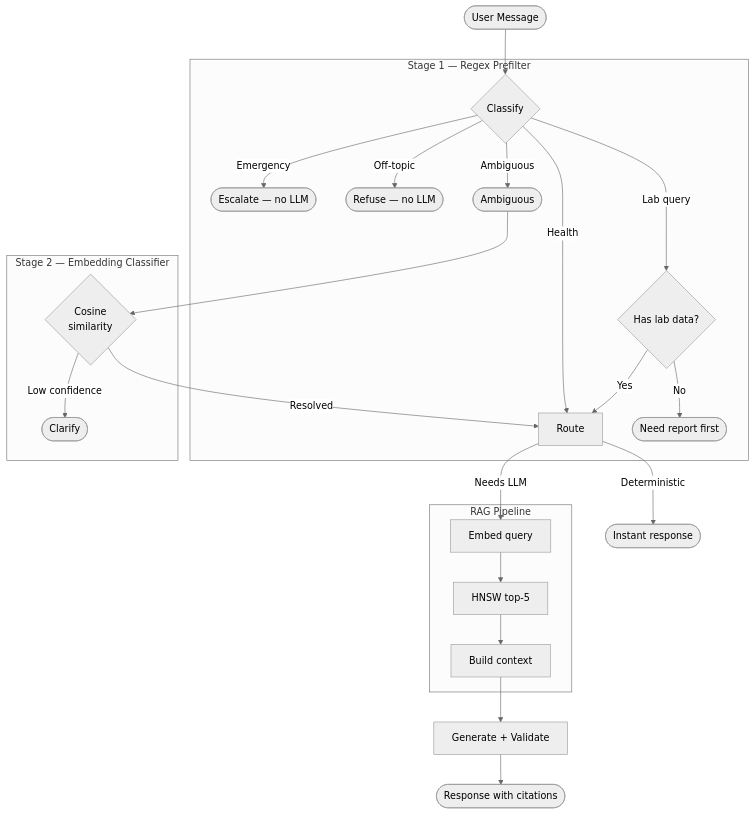
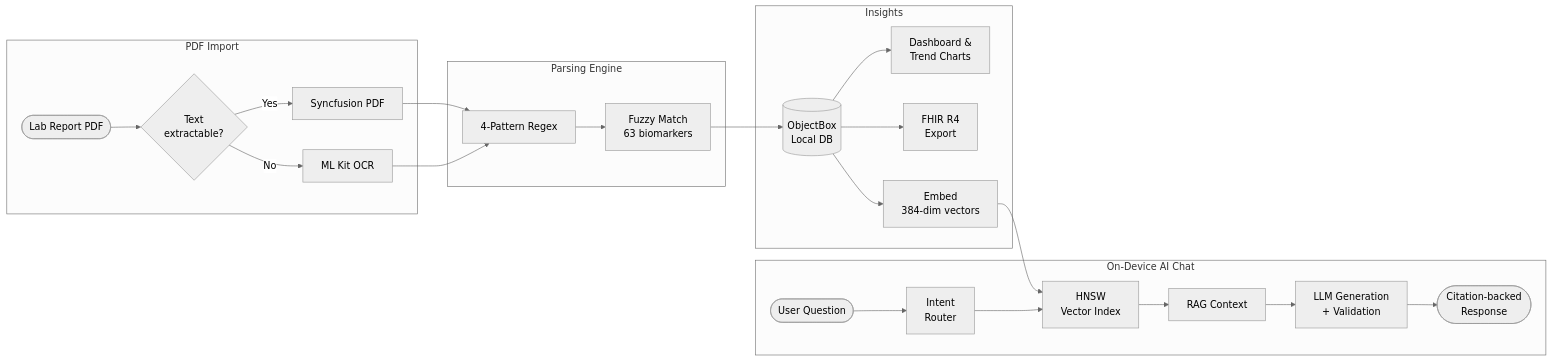
The diagram in README.md (priyavratuniyal/koshika), drawn with Mermaid (neutral theme) before and after one commit. The commit also changed other lines of this file, not shown here.

Commit message:
docs(readme): replace AI-only diagram with full pipeline flowchart
Show the complete flow: PDF import (text/OCR) → regex parsing → fuzzy
matching → ObjectBox storage → dashboard/trends + FHIR export + AI
chat (embedding → HNSW → RAG → LLM → validated response).

````diff
--- a/README.md
+++ b/README.md
@@ -56,32 +54,31 @@
 ```mermaid
-flowchart TD
-    A([User Message]) --> B
-
-    subgraph S1["Stage 1 — Regex Prefilter"]
-        B{Classify}
-        B -->|Emergency| C([Escalate — no LLM])
-        B -->|Off-topic| D([Refuse — no LLM])
-        B -->|Lab query| E{Has lab data?}
-        B -->|Health| G
-        B -->|Ambiguous| F
-        E -->|No| NL([Need report first])
-        E -->|Yes| G
+flowchart LR
+    subgraph IMPORT["PDF Import"]
+        A([Lab Report PDF]) --> B{Text\nextractable?}
+        B -->|Yes| C[Syncfusion PDF]
+        B -->|No| D[ML Kit OCR]
     end
 
-    subgraph S2["Stage 2 — Embedding Classifier"]
-        F([Ambiguous]) --> FC{Cosine\nsimilarity}
-        FC -->|Low confidence| CQ([Clarify])
-        FC -->|Resolved| G
+    subgraph PARSE["Parsing Engine"]
+        C --> E[4-Pattern Regex]
+        D --> E
+        E --> F[Fuzzy Match\n63 biomarkers]
     end
 
-    G[Route] -->|Deterministic| R([Instant response])
-    G -->|Needs LLM| H
+    F --> G[(ObjectBox\nLocal DB)]
 
-    subgraph RAG["RAG Pipeline"]
-        H[Embed query] --> H2[HNSW top-5]
-        H2 --> H3[Build context]
+    subgraph INSIGHTS["Insights"]
+        G --> H[Dashboard &\nTrend Charts]
+        G --> I[FHIR R4\nExport]
+        G --> J[Embed\n384-dim vectors]
     end
 
-    H3 --> I[Generate + Validate]
-    I --> M([Response with citations])
+    subgraph AI["On-Device AI Chat"]
+        J --> K[HNSW\nVector Index]
+        L([User Question]) --> M[Intent\nRouter]
+        M --> K
+        K --> N[RAG Context]
+        N --> O[LLM Generation\n+ Validation]
+        O --> P([Citation-backed\nResponse])
+    end
 ```
````
